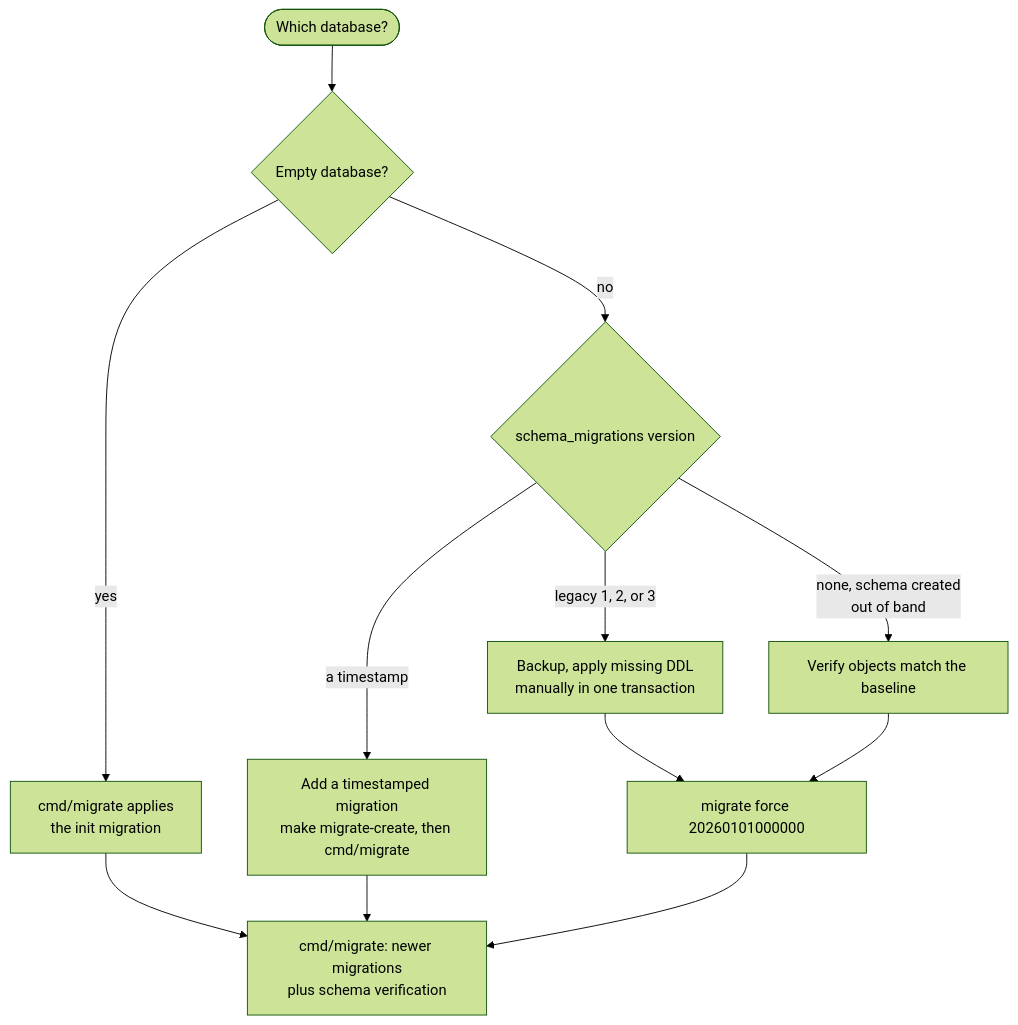
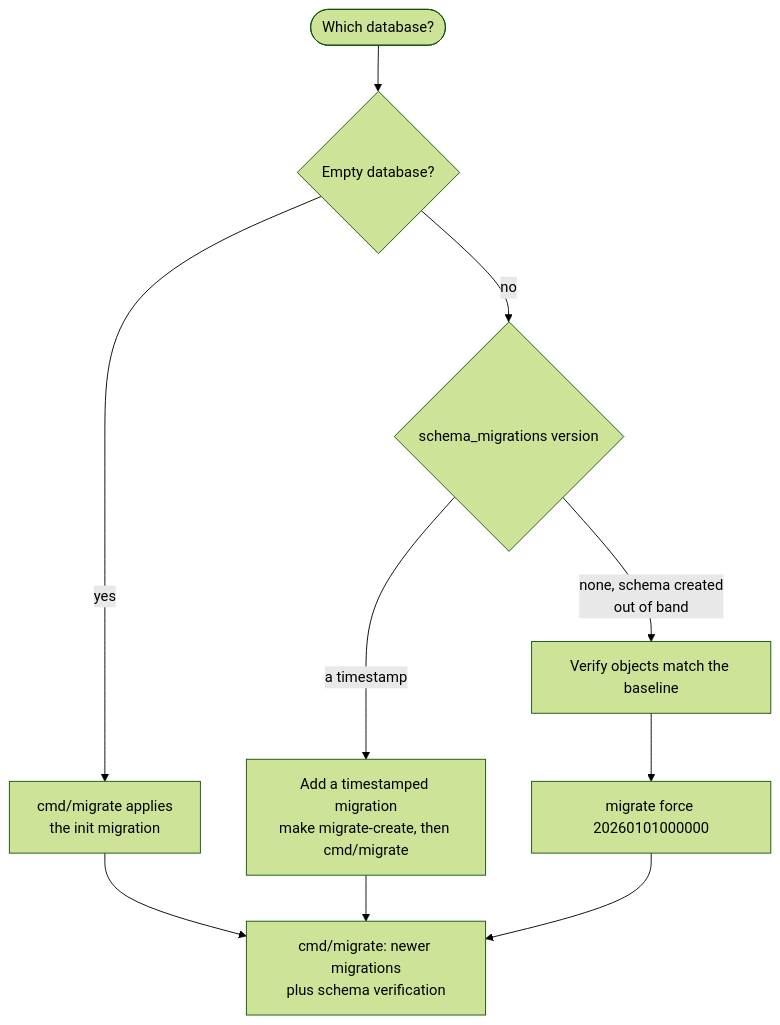
The seventh of 9 diagrams in docs/operations.md (chuanghiduoc/fiber-golang-boilerplate), drawn with Mermaid (forest theme) before and after one commit. The commit also changed other lines of this file and 911 other files, not shown here.

````diff
--- a/docs/operations.md
+++ b/docs/operations.md
@@ -1190,14 +1257,12 @@
 ```mermaid
 flowchart TD
     start([Which database?]) --> fresh{Empty database?}
     fresh -- yes --> base[cmd/migrate applies<br/>the init migration]
     fresh -- no --> hist{schema_migrations version}
     hist -- "a timestamp" --> newer[Add a timestamped migration<br/>make migrate-create, then cmd/migrate]
-    hist -- "legacy 1, 2, or 3" --> manual[Backup, apply missing DDL<br/>manually in one transaction]
     hist -- "none, schema created<br/>out of band" --> verify[Verify objects match the baseline]
-    manual --> force[migrate force 20260101000000]
-    verify --> force
+    verify --> force[migrate force 20260101000000]
     force --> run[cmd/migrate: newer migrations<br/>plus schema verification]
     base --> run
     newer --> run
 ```
````
